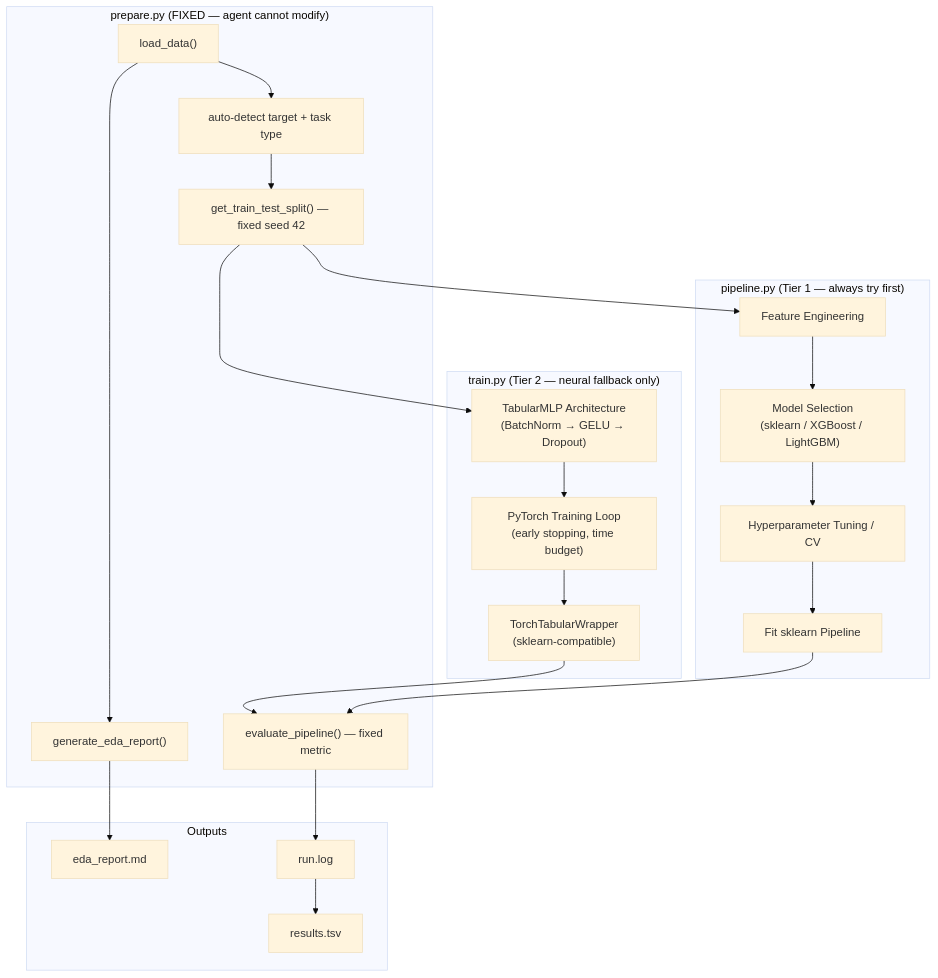
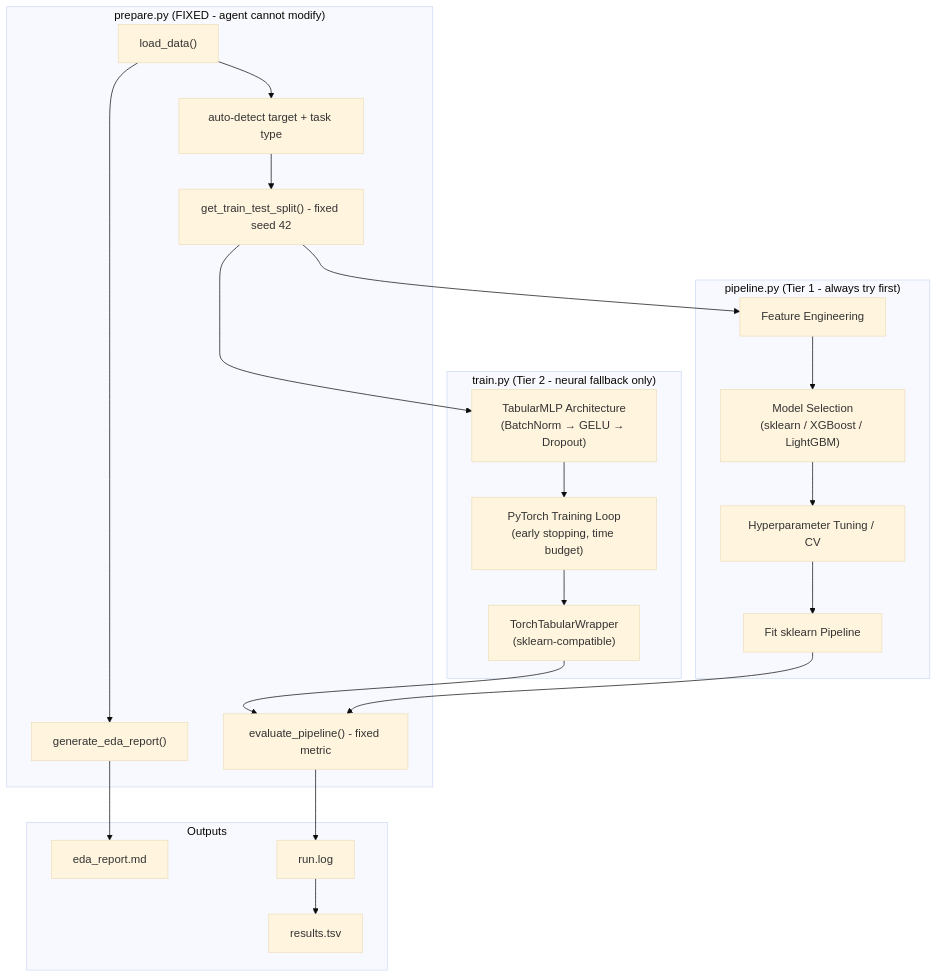
The first of 2 diagrams in README.md (TengHoo3/aora), drawn with Mermaid (base theme) before and after one commit. The commit also changed other lines of this file and 4 other files, not shown here.

````diff
--- a/README.md
+++ b/README.md
@@ -20,37 +20,37 @@
 ```mermaid
 graph TD
-    subgraph fixed ["prepare.py (FIXED — agent cannot modify)"]
+    subgraph fixed ["prepare.py (FIXED - agent cannot modify)"]
         DataLoad["load_data()"]
         AutoDetect["auto-detect target + task type"]
-        Split["get_train_test_split() — fixed seed 42"]
-        Eval["evaluate_pipeline() — fixed metric"]
+        Split["get_train_test_split() - fixed seed 42"]
+        Eval["evaluate_pipeline() - fixed metric"]
         EDA["generate_eda_report()"]
     end
 
-    subgraph tier1 ["pipeline.py (Tier 1 — always try first)"]
+    subgraph tier1 ["pipeline.py (Tier 1 - always try first)"]
         FeatEng["Feature Engineering"]
         ModelSel["Model Selection\n(sklearn / XGBoost / LightGBM)"]
         HyperTune["Hyperparameter Tuning / CV"]
         Fit1["Fit sklearn Pipeline"]
     end
 
-    subgraph tier2 ["train.py (Tier 2 — neural fallback only)"]
+    subgraph tier2 ["train.py (Tier 2 - neural fallback only)"]
         MLPArch["TabularMLP Architecture\n(BatchNorm → GELU → Dropout)"]
         TrainLoop["PyTorch Training Loop\n(early stopping, time budget)"]
         Wrapper["TorchTabularWrapper\n(sklearn-compatible)"]
     end
 
     subgraph outputs ["Outputs"]
         Report["eda_report.md"]
         RunLog["run.log"]
         Results["results.tsv"]
     end
 
     DataLoad --> AutoDetect --> Split
     DataLoad --> EDA --> Report
     Split --> FeatEng --> ModelSel --> HyperTune --> Fit1
     Fit1 --> Eval
     Split --> MLPArch --> TrainLoop --> Wrapper
     Wrapper --> Eval
     Eval --> RunLog --> Results
 ```
````
